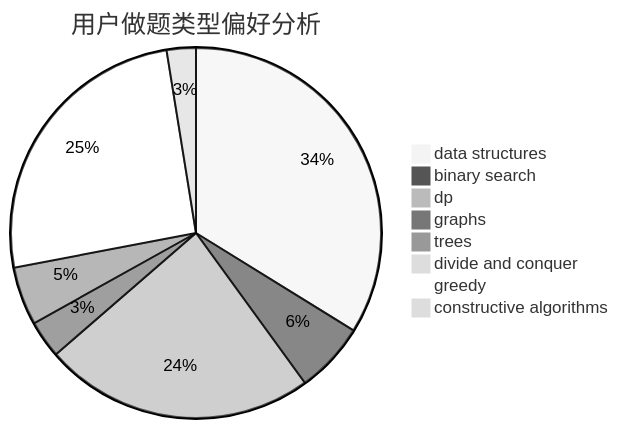
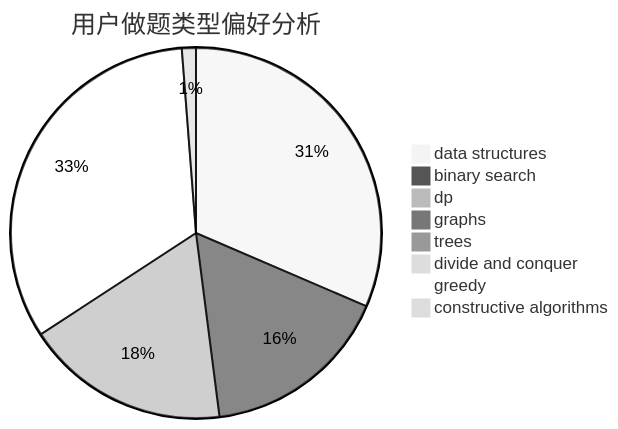
The second of 3 diagrams in docs/user/u1375.md (sherpahu/cfrs.github.io), drawn with Mermaid (neutral theme) before and after one commit. The commit also changed other lines of this file and 2770 other files, not shown here.

````diff
--- a/docs/user/u1375.md
+++ b/docs/user/u1375.md
@@ -23,11 +23,11 @@
 ```mermaid
 pie title 用户做题类型偏好分析
-    "data structures" :  93
-    "binary search" :  17
-    "dp" :  65
-    "graphs" :  9
-    "trees" :  14
+    "data structures" :  745
+    "binary search" :  391
+    "dp" :  422
+    "graphs" :  21
+    "trees" :  2
     "divide and conquer" :  0
-    "greedy" :  70
-    "constructive algorithms" :  7
+    "greedy" :  781
+    "constructive algorithms" :  29
 ```
````
